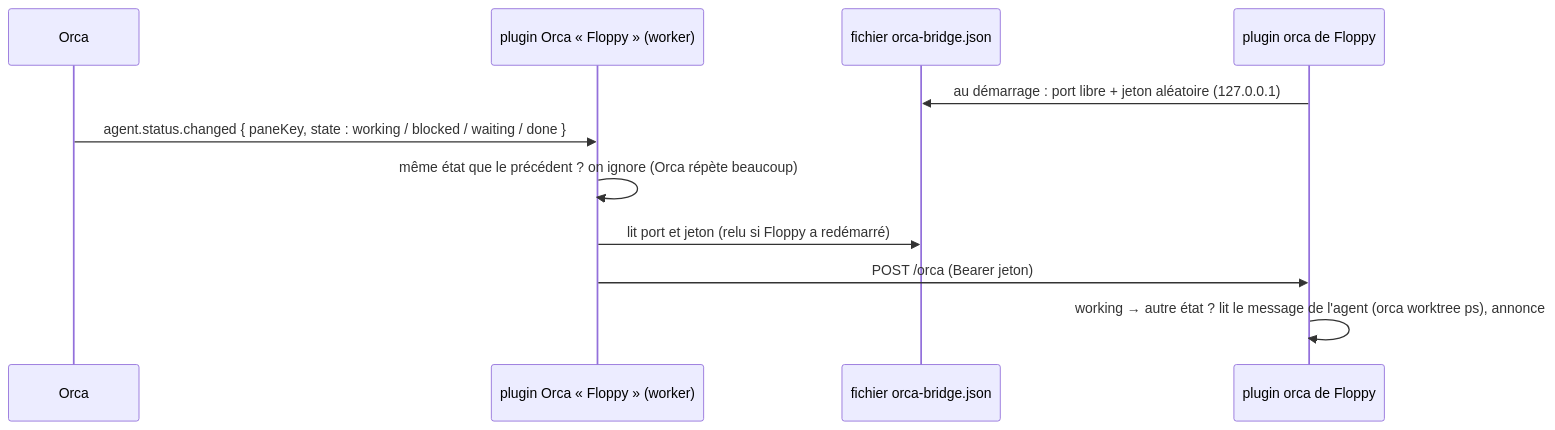
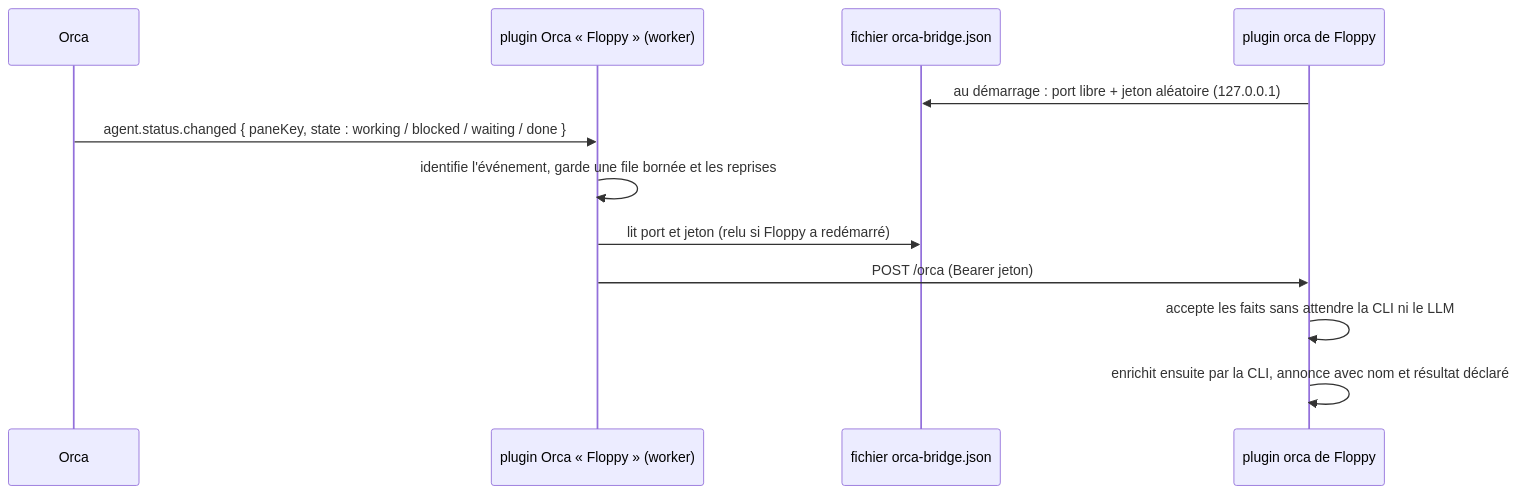
The third of 4 diagrams in docs/spec/outils-reels.md (gleborgne/floppy), drawn with Mermaid before and after one commit. The commit also changed other lines of this file and 68 other files, not shown here.

First line of the commit message:
feat(orca): add named agent tracking and plugin-owned desktop views

````diff
--- a/docs/spec/outils-reels.md
+++ b/docs/spec/outils-reels.md
@@ -101,13 +124,14 @@
 ```mermaid
 sequenceDiagram
   participant O as Orca
   participant W as plugin Orca « Floppy » (worker)
   participant F as fichier orca-bridge.json
   participant P as plugin orca de Floppy
   P->>F: au démarrage : port libre + jeton aléatoire (127.0.0.1)
   O->>W: agent.status.changed { paneKey, state : working / blocked / waiting / done }
-  W->>W: même état que le précédent ? on ignore (Orca répète beaucoup)
+  W->>W: identifie l'événement, garde une file bornée et les reprises
   W->>F: lit port et jeton (relu si Floppy a redémarré)
   W->>P: POST /orca (Bearer jeton)
-  P->>P: working → autre état ? lit le message de l'agent (orca worktree ps), annonce
+  P->>P: accepte les faits sans attendre la CLI ni le LLM
+  P->>P: enrichit ensuite par la CLI, annonce avec nom et résultat déclaré
 ```
````
